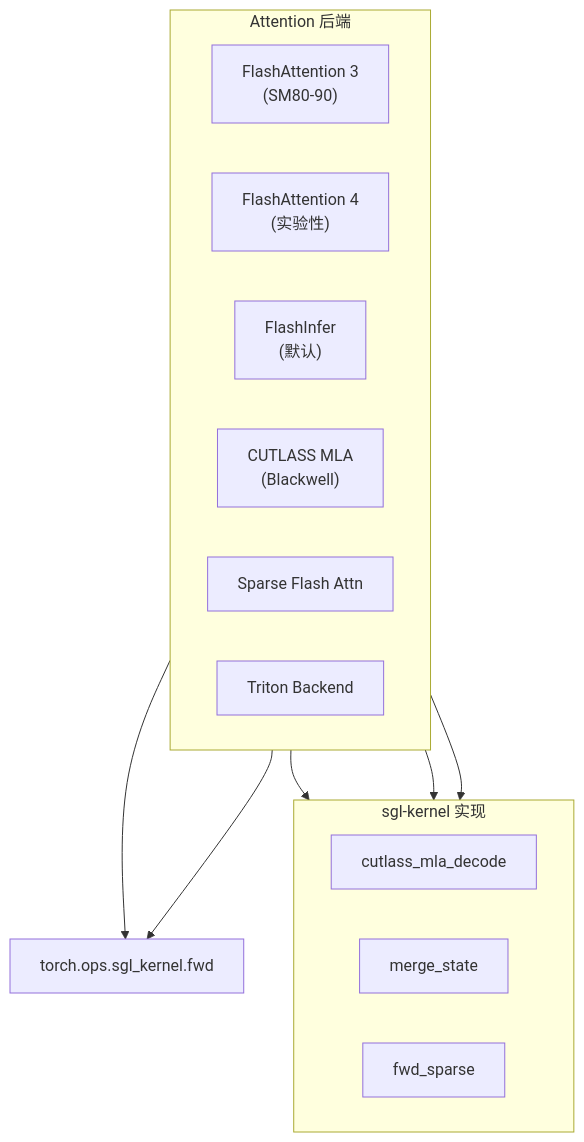
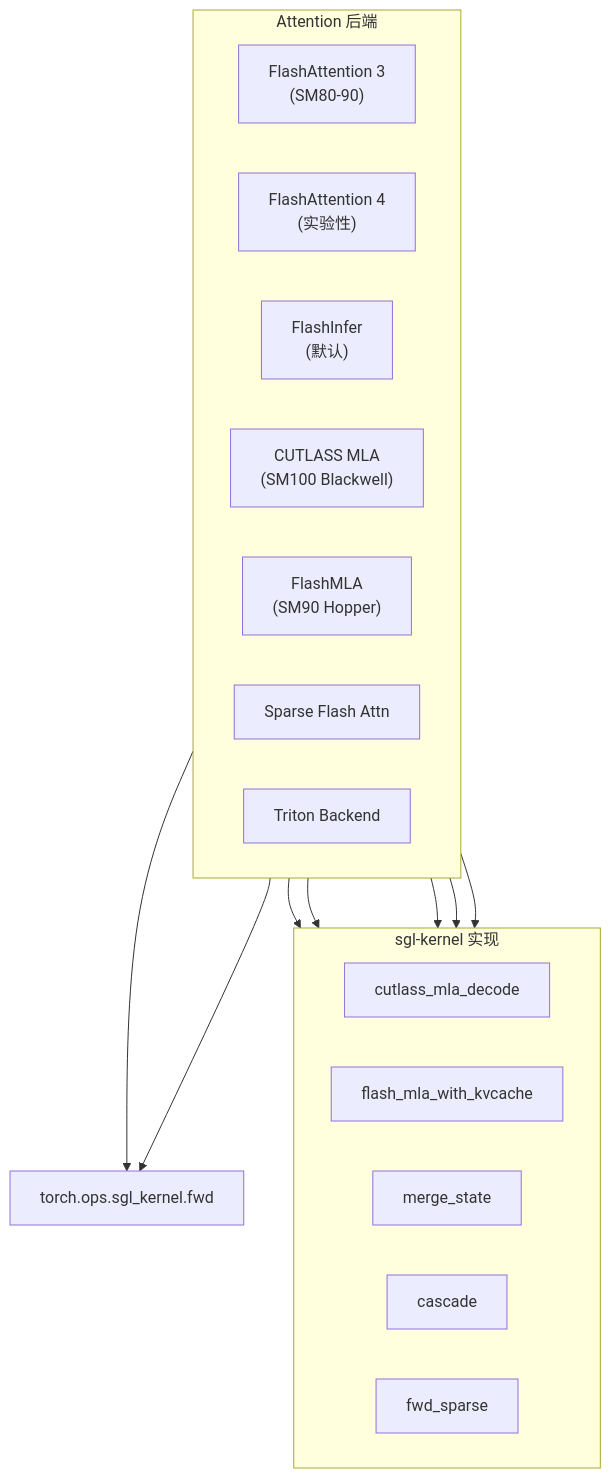
Before and after one commit to wesleyck/AIInfraNotes: the first of 6 diagrams in SGLang/16_attention_kernels.md, drawn with Mermaid. The commit also changed other lines of this file and 16 other files, not shown here.

````diff
--- a/SGLang/16_attention_kernels.md
+++ b/SGLang/16_attention_kernels.md
@@ -9,25 +9,30 @@
 ```mermaid
 graph TB
     subgraph Backends["Attention 后端"]
         direction LR
         FA3["FlashAttention 3<br/>(SM80-90)"]
         FA4["FlashAttention 4<br/>(实验性)"]
         FI["FlashInfer<br/>(默认)"]
-        MLA["CUTLASS MLA<br/>(Blackwell)"]
+        MLA["CUTLASS MLA<br/>(SM100 Blackwell)"]
+        FMLA["FlashMLA<br/>(SM90 Hopper)"]
         Sparse["Sparse Flash Attn"]
         Triton["Triton Backend"]
     end
-    
+
     subgraph Kernels["sgl-kernel 实现"]
         direction LR
         MLAKernel["cutlass_mla_decode"]
+        FMLAKernel["flash_mla_with_kvcache"]
         Merge["merge_state"]
+        Cascade["cascade"]
         SparseK["fwd_sparse"]
     end
-    
+
     FA3 --> fwd["torch.ops.sgl_kernel.fwd"]
     FA4 --> fwd
     MLA --> MLAKernel
+    FMLA --> FMLAKernel
     Sparse --> SparseK
     FI --> Merge
+    FI --> Cascade
 ```
````
